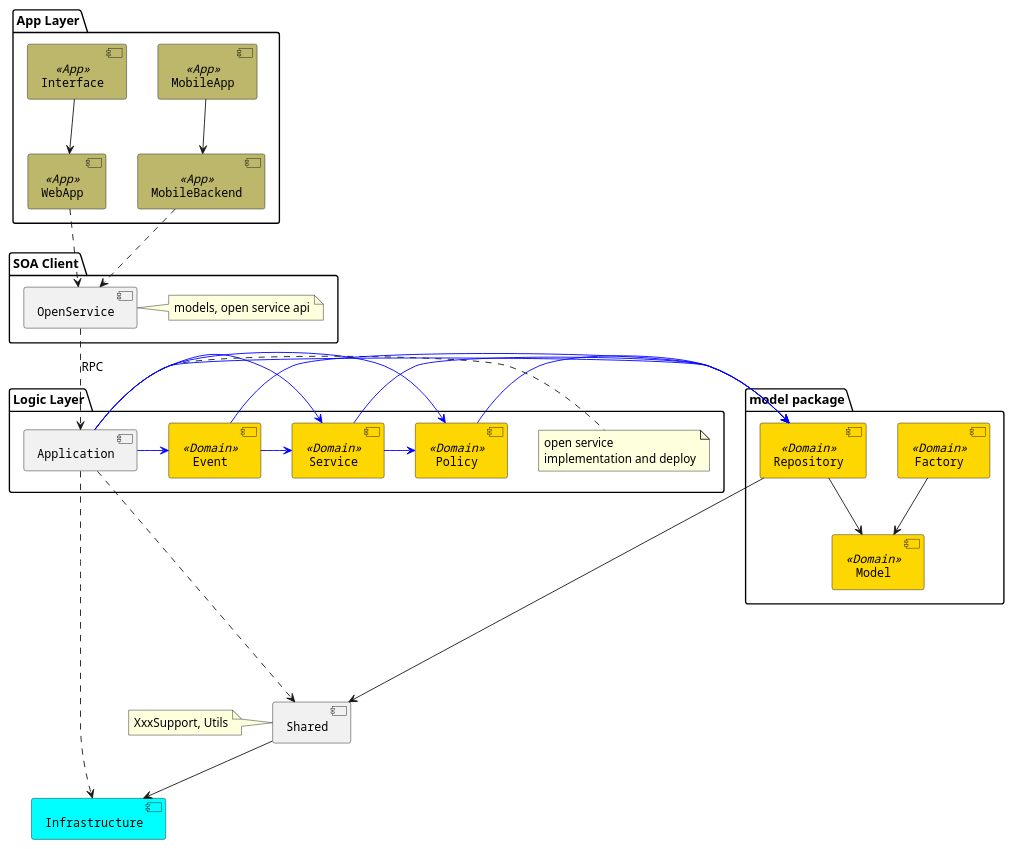
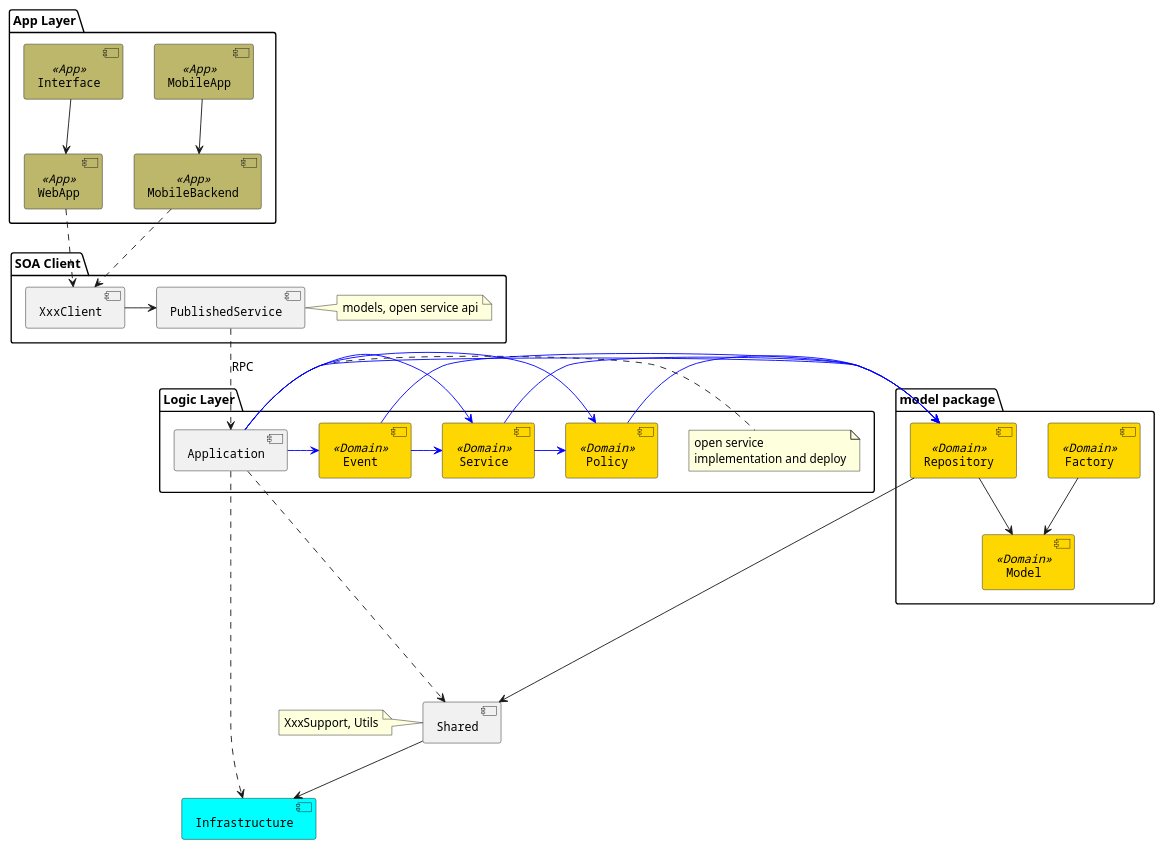
Before and after one commit to linux-china/ddd-base: the diagram in src/main/puml/ddd-components-rpc.puml, drawn with PlantUML.

Commit message:
add published service

```diff
--- a/src/main/puml/ddd-components-rpc.puml
+++ b/src/main/puml/ddd-components-rpc.puml
@@ -1,62 +1,62 @@
 @startuml
 
 [Infrastructure] #Aqua
 [Shared]
 note left of Shared : XxxSupport, Utils
 
 package "model package" {
    [Model] <<Domain>>
    [Repository] <<Domain>>
    [Factory] <<Domain>>
 }
 package "Logic Layer" {
    [Service] <<Domain>>
    [Event] <<Domain>>
    [Policy] <<Domain>>
    [Application]
    note right of Application : open service\nimplementation and deploy
 }
 
 package "SOA Client" {
-   [OpenService]
-   note right of OpenService : models, open service api
+   [XxxClient] -> [PublishedService]
+   note right of PublishedService : models, open service api
 }
 
 package "App Layer" {
     [WebApp] <<App>>
     [MobileBackend] <<App>>
     [Interface] <<App>>
     [MobileApp] <<App>>
 }
 
 [Shared] --> [Infrastructure]
 [Repository] --> [Shared]
 [Repository] --> [Model]
 [Service] -[#0000FF]> [Repository]
 [Service] -[#0000FF]> [Policy]
 [Policy] -[#0000FF]> [Repository]
 [Factory] --> [Model]
 [Event] -[#0000FF]> [Service]
 [Event] -[#0000FF]> [Repository]
 [Application] -[#0000FF]> [Repository]
 [Application] -[#0000FF]> [Service]
 [Application] -[#0000FF]> [Event]
 [Application] -[#0000FF]> [Policy]
 [Application] ....> [Infrastructure]
 [Application] ....> [Shared]
 
-[OpenService] ..> [Application]: RPC
+[PublishedService] ..> [Application]: RPC
 
-[WebApp] ..> [OpenService]
+[WebApp] ..> [XxxClient]
 [Interface] --> [WebApp]
-[MobileBackend] ..> [OpenService]
+[MobileBackend] ..> [XxxClient]
 [MobileApp] --> [MobileBackend]
 
 skinparam component {
   FontSize 13
   BackgroundColor<<Domain>> gold
   BackgroundColor<<App>> DarkKhaki
   FontName Courier
 }
 
 @enduml
```
